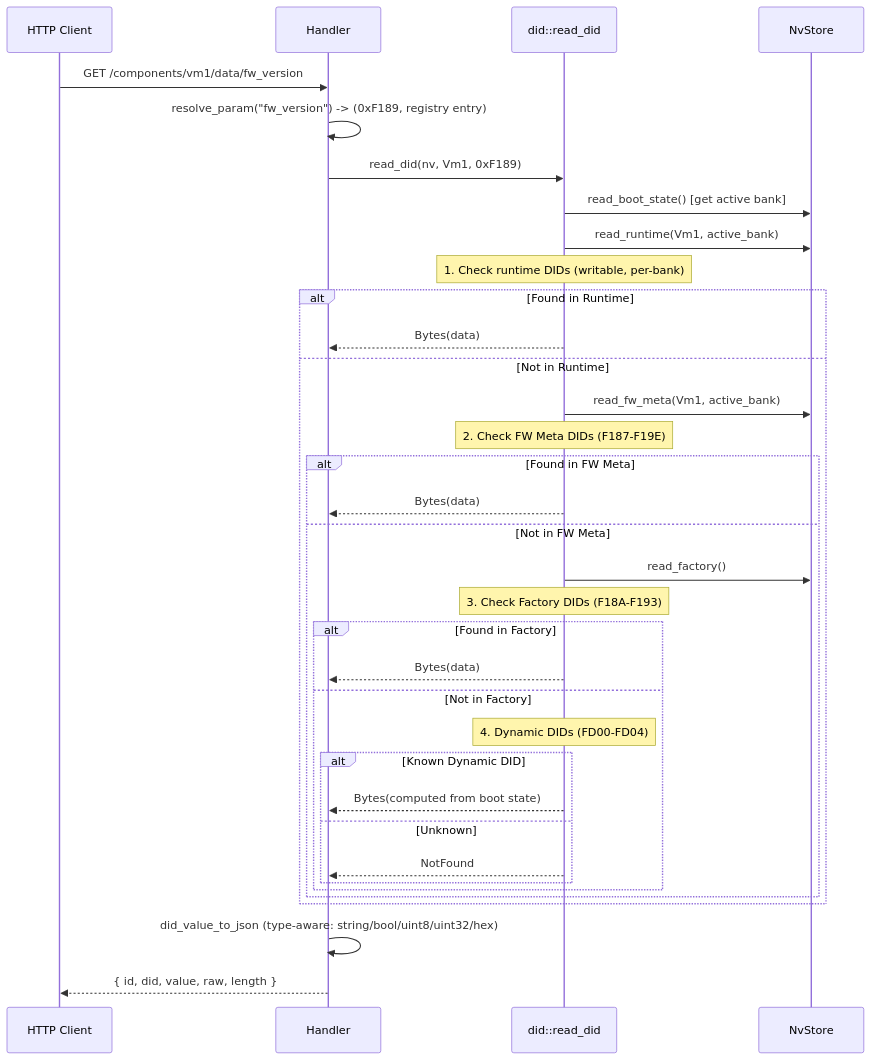
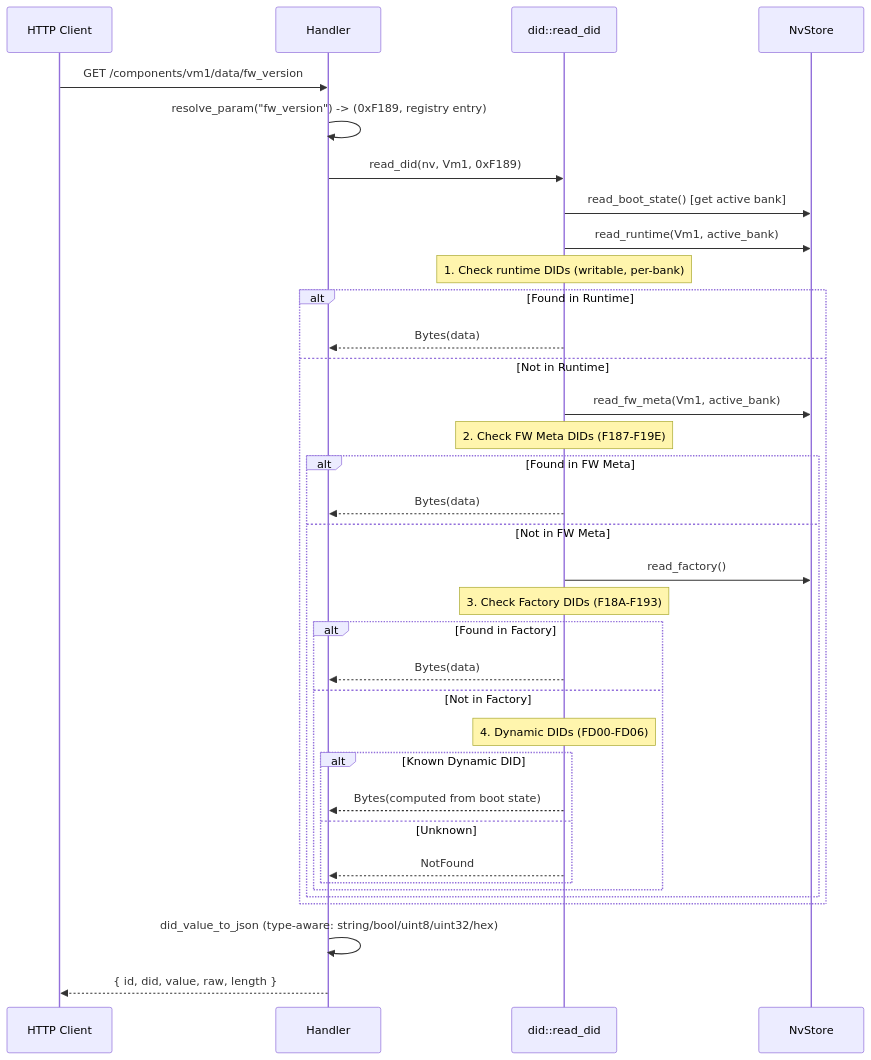
The sixth of 7 diagrams in ARCHITECTURE.md (sdv-playground/sumo-vm-mgr), drawn with Mermaid before and after one commit. The commit also changed other lines of this file and 3 other files, not shown here.

````diff
--- a/ARCHITECTURE.md
+++ b/ARCHITECTURE.md
@@ -505,42 +650,42 @@
 ```mermaid
 sequenceDiagram
     participant C as HTTP Client
     participant H as Handler
     participant D as did::read_did
     participant NV as NvStore
 
     C->>H: GET /components/vm1/data/fw_version
     H->>H: resolve_param("fw_version") -> (0xF189, registry entry)
     H->>D: read_did(nv, Vm1, 0xF189)
 
     D->>NV: read_boot_state() [get active bank]
 
     D->>NV: read_runtime(Vm1, active_bank)
     Note over D: 1. Check runtime DIDs (writable, per-bank)
 
     alt Found in Runtime
         D-->>H: Bytes(data)
     else Not in Runtime
         D->>NV: read_fw_meta(Vm1, active_bank)
         Note over D: 2. Check FW Meta DIDs (F187-F19E)
         alt Found in FW Meta
             D-->>H: Bytes(data)
         else Not in FW Meta
             D->>NV: read_factory()
             Note over D: 3. Check Factory DIDs (F18A-F193)
             alt Found in Factory
                 D-->>H: Bytes(data)
             else Not in Factory
-                Note over D: 4. Dynamic DIDs (FD00-FD04)
+                Note over D: 4. Dynamic DIDs (FD00-FD06)
                 alt Known Dynamic DID
                     D-->>H: Bytes(computed from boot state)
                 else Unknown
                     D-->>H: NotFound
                 end
             end
         end
     end
 
     H->>H: did_value_to_json (type-aware: string/bool/uint8/uint32/hex)
     H-->>C: { id, did, value, raw, length }
 ```
````
